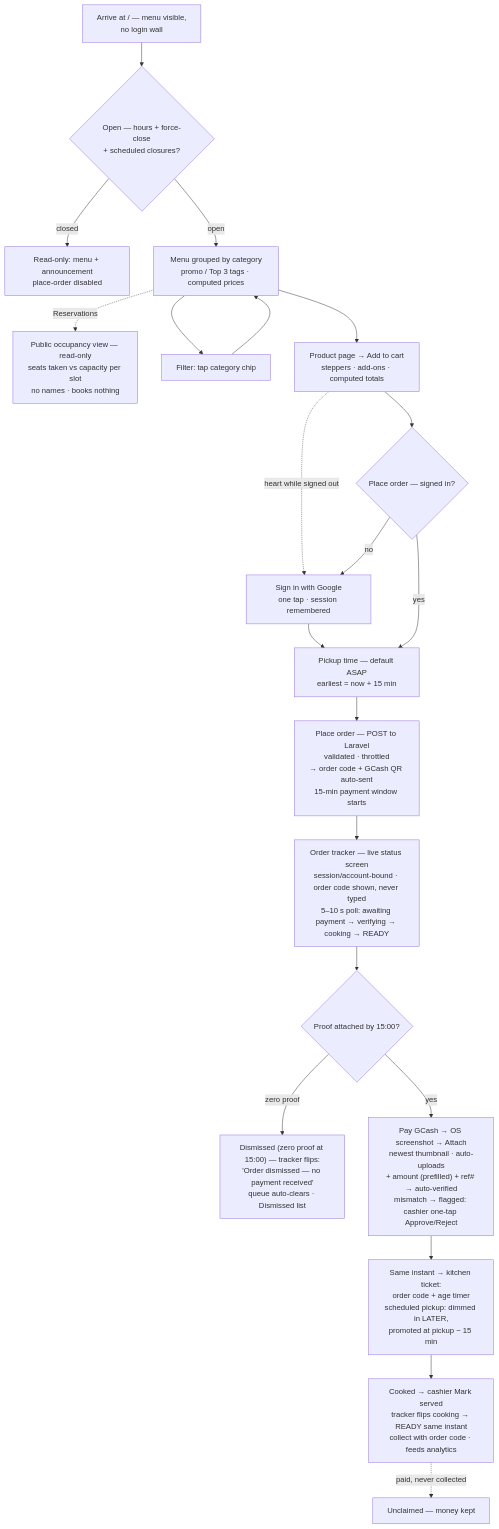
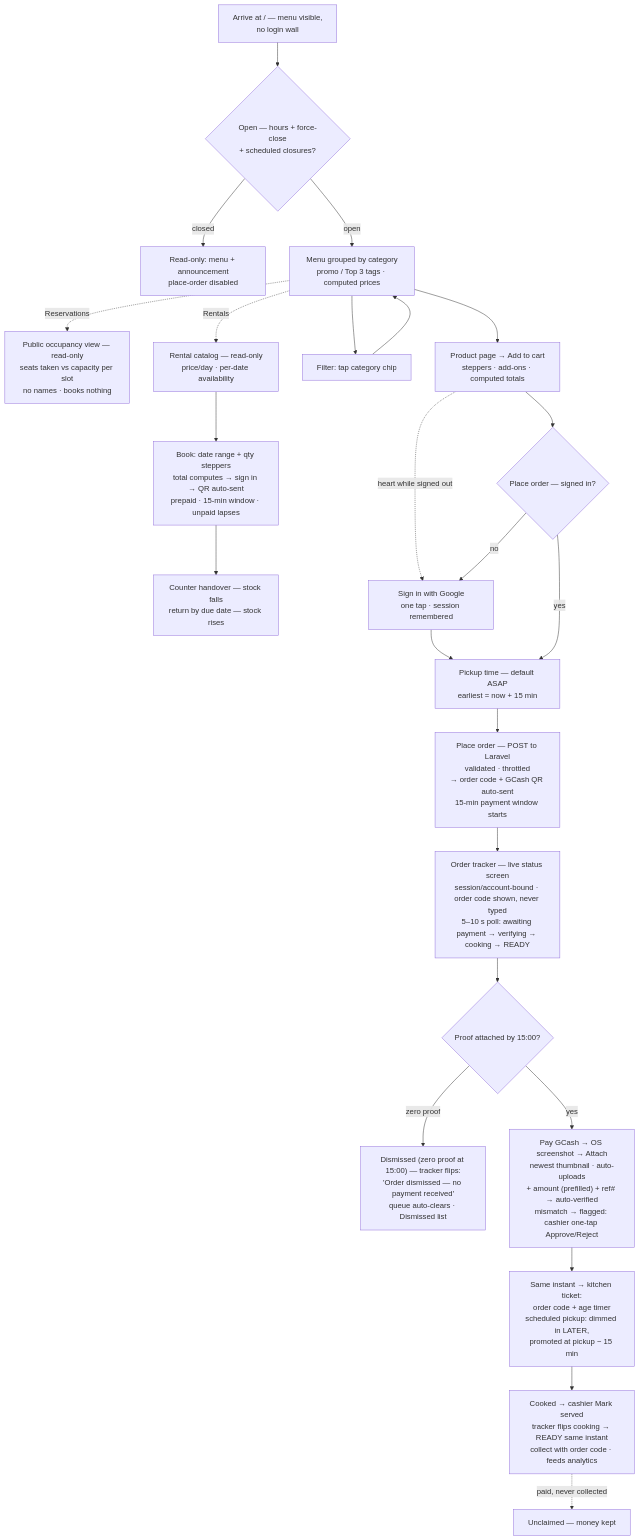
One commit to S1NXIAN/CRNP changed the diagram in docs/flow-charts/customer.md. Above: the diagram before and after it, drawn with Mermaid. The commit also changed 6 other files, not shown here.

````diff
--- a/docs/flow-charts/customer.md
+++ b/docs/flow-charts/customer.md
@@ -6,23 +6,26 @@
 ```mermaid
 flowchart TD
     A["Arrive at / — menu visible,<br/>no login wall"] --> B{"Open — hours + force-close<br/>+ scheduled closures?"}
     B -->|"closed"| C["Read-only: menu + announcement<br/>place-order disabled"]
     B -->|"open"| D["Menu grouped by category<br/>promo / Top 3 tags · computed prices"]
     D -.->|"Reservations"| V["Public occupancy view — read-only<br/>seats taken vs capacity per slot<br/>no names · books nothing"]
+    D -.->|"Rentals"| RC["Rental catalog — read-only<br/>price/day · per-date availability"]
+    RC --> RD["Book: date range + qty steppers<br/>total computes → sign in → QR auto-sent<br/>prepaid · 15-min window · unpaid lapses"]
+    RD --> RH["Counter handover — stock falls<br/>return by due date — stock rises"]
     D --> E["Filter: tap category chip"]
     E --> D
     D --> F["Product page → Add to cart<br/>steppers · add-ons · computed totals"]
     F -.->|"heart while signed out"| G
     F --> H{"Place order — signed in?"}
     H -->|"no"| G["Sign in with Google<br/>one tap · session remembered"]
     G --> I["Pickup time — default ASAP<br/>earliest = now + 15 min"]
     H -->|"yes"| I
     I --> J["Place order — POST to Laravel<br/>validated · throttled<br/>→ order code + GCash QR auto-sent<br/>15-min payment window starts"]
     J --> T["Order tracker — live status screen<br/>session/account-bound · order code shown, never typed<br/>5–10 s poll: awaiting payment → verifying → cooking → READY"]
     T --> K{"Proof attached by 15:00?"}
     K -->|"zero proof"| L["Dismissed (zero proof at 15:00) — tracker flips:<br/>'Order dismissed — no payment received'<br/>queue auto-clears · Dismissed list"]
     K -->|"yes"| M["Pay GCash → OS screenshot → Attach<br/>newest thumbnail · auto-uploads<br/>+ amount (prefilled) + ref# → auto-verified<br/>mismatch → flagged: cashier one-tap Approve/Reject"]
     M --> N["Same instant → kitchen ticket:<br/>order code + age timer<br/>scheduled pickup: dimmed in LATER,<br/>promoted at pickup − 15 min"]
     N --> O["Cooked → cashier Mark served<br/>tracker flips cooking → READY same instant<br/>collect with order code · feeds analytics"]
     O -.->|"paid, never collected"| P["Unclaimed — money kept"]
 ```
````
